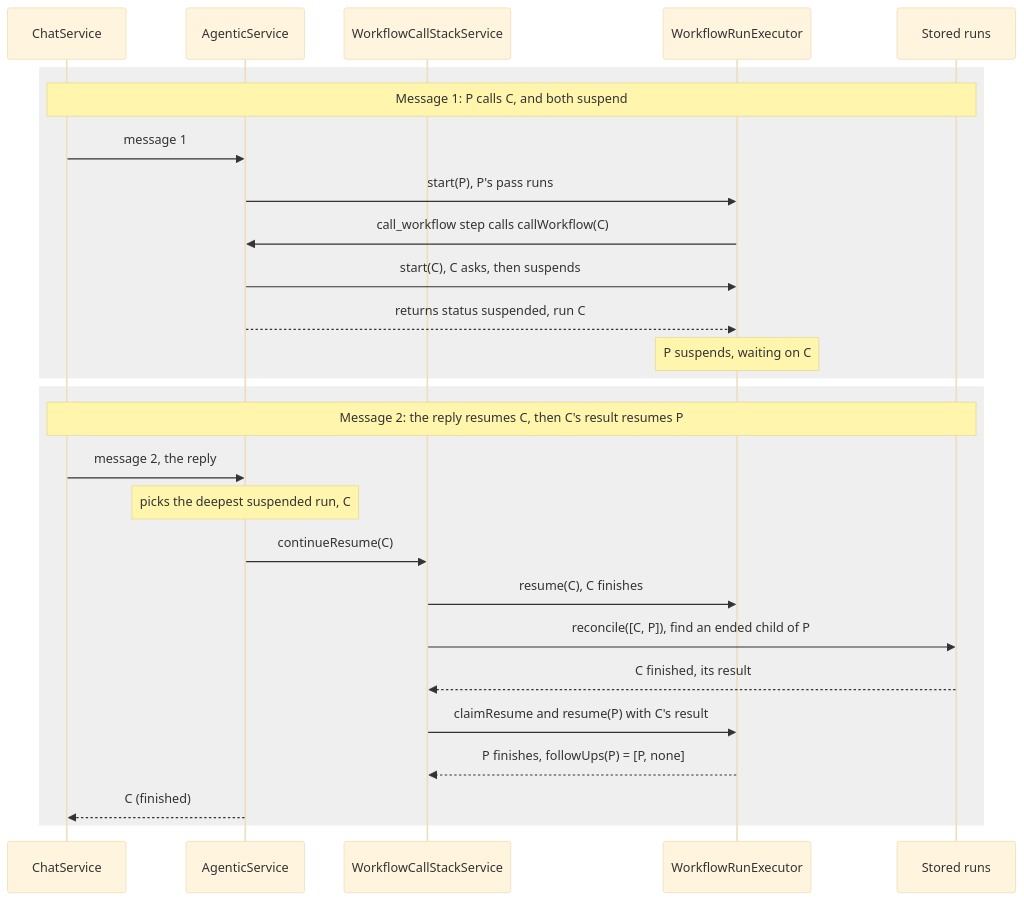
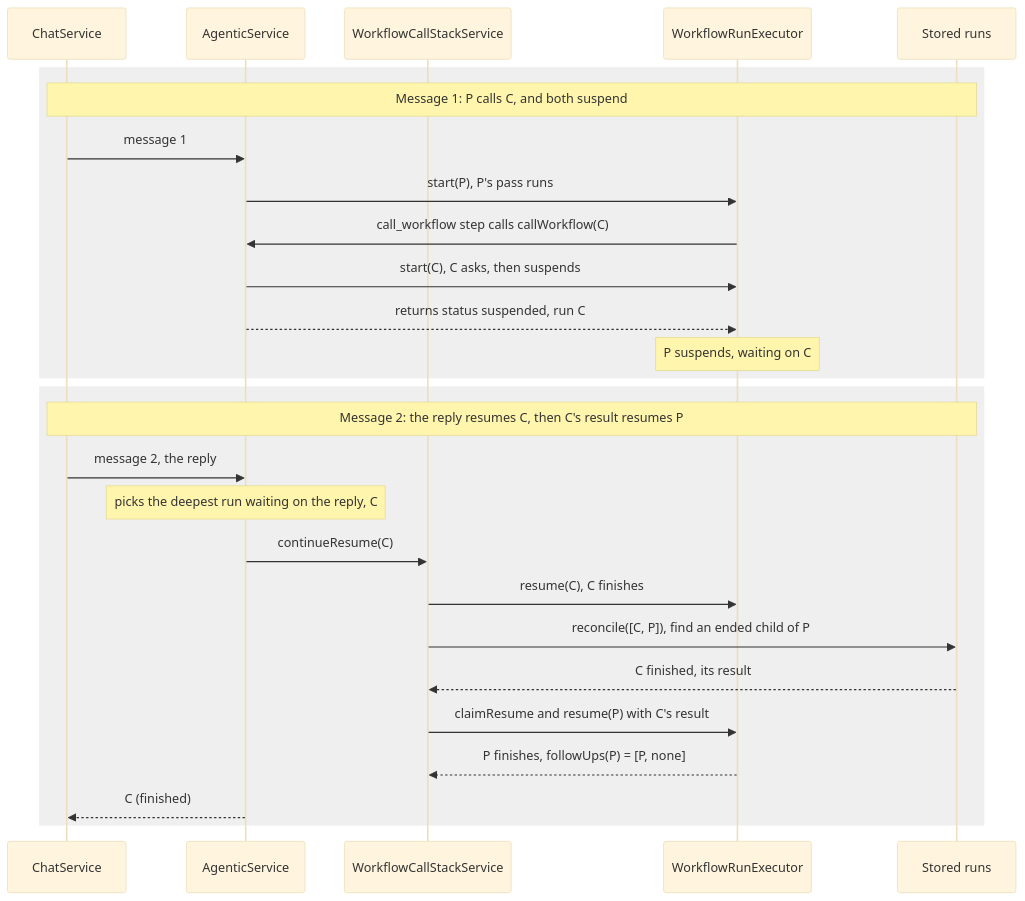
Before and after one commit to hexabot-ai/Hexabot: the fifth of 6 diagrams in packages/api/src/workflow/README.md, drawn with Mermaid (base theme). The commit also changed other lines of this file and 7 other files, not shown here.

````diff
--- a/packages/api/src/workflow/README.md
+++ b/packages/api/src/workflow/README.md
@@ -315,31 +315,31 @@
 ```mermaid
 sequenceDiagram
   participant Chat as ChatService
   participant Agentic as AgenticService
   participant CallStack as WorkflowCallStackService
   participant Executor as WorkflowRunExecutor
   participant Runs as Stored runs
 
   rect rgba(127, 127, 127, 0.12)
   Note over Chat,Runs: Message 1: P calls C, and both suspend
   Chat->>Agentic: message 1
   Agentic->>Executor: start(P), P's pass runs
   Executor->>Agentic: call_workflow step calls callWorkflow(C)
   Agentic->>Executor: start(C), C asks, then suspends
   Agentic-->>Executor: returns status suspended, run C
   Note over Executor: P suspends, waiting on C
   end
 
   rect rgba(127, 127, 127, 0.12)
   Note over Chat,Runs: Message 2: the reply resumes C, then C's result resumes P
   Chat->>Agentic: message 2, the reply
-  Note over Agentic: picks the deepest suspended run, C
+  Note over Agentic: picks the deepest run waiting on the reply, C
   Agentic->>CallStack: continueResume(C)
   CallStack->>Executor: resume(C), C finishes
   CallStack->>Runs: reconcile([C, P]), find an ended child of P
   Runs-->>CallStack: C finished, its result
   CallStack->>Executor: claimResume and resume(P) with C's result
   Executor-->>CallStack: P finishes, followUps(P) = [P, none]
   Agentic-->>Chat: C (finished)
   end
 ```
````
